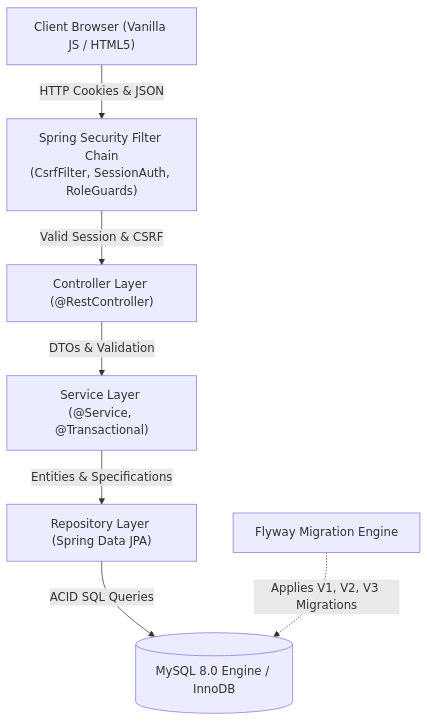
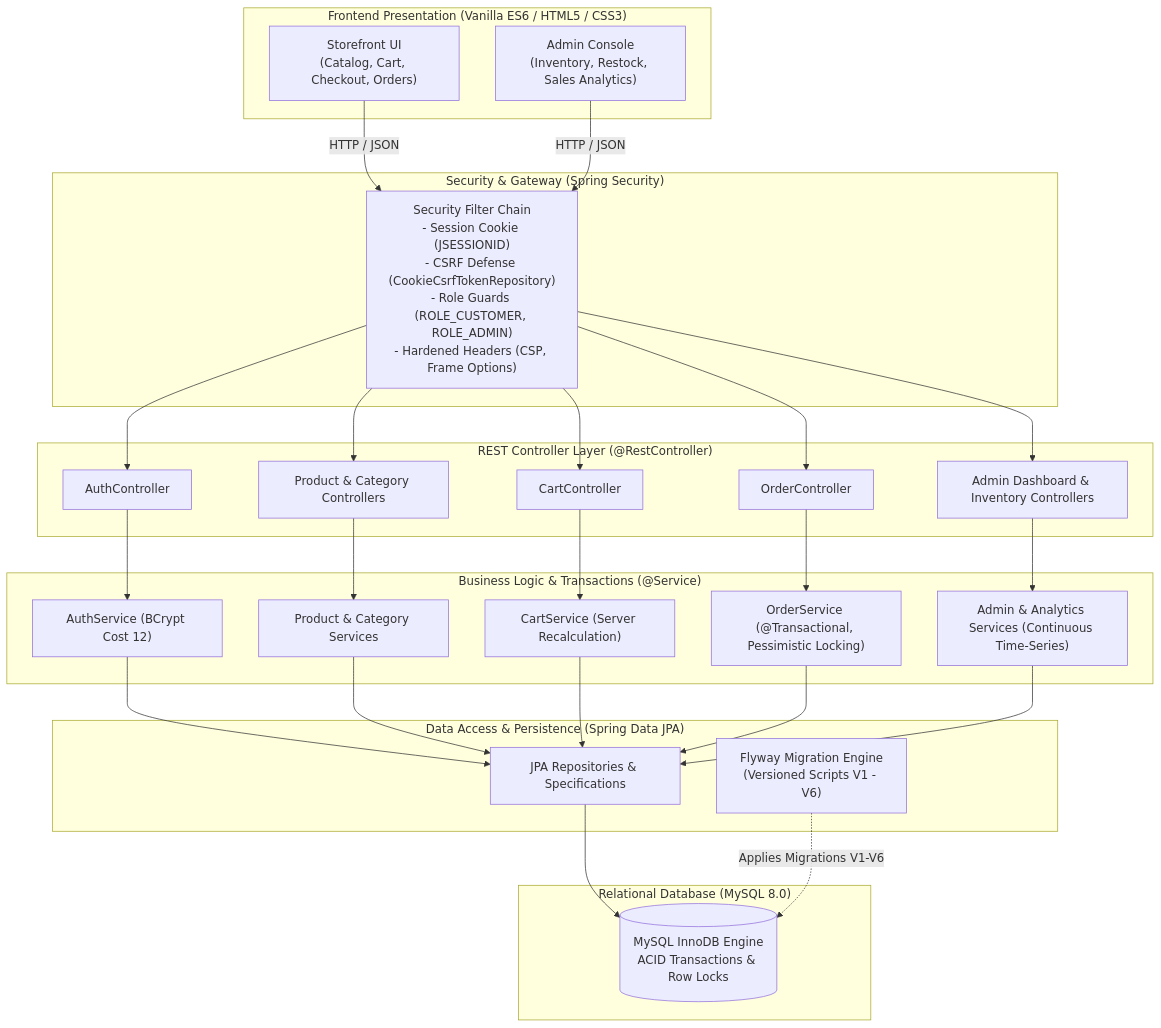
The diagram in README.md (AyushDhote08/shopsphere), drawn with Mermaid before and after one commit. The commit also changed other lines of this file, not shown here.

Commit message:
docs: update ShopSphere README and architecture documentation

````diff
--- a/README.md
+++ b/README.md
@@ -28,9 +28,56 @@
 ```mermaid
 flowchart TD
-    Client["Client Browser (Vanilla JS / HTML5)"] -->|HTTP Cookies & JSON| SecFilter["Spring Security Filter Chain\n(CsrfFilter, SessionAuth, RoleGuards)"]
-    SecFilter -->|Valid Session & CSRF| Controller["Controller Layer (@RestController)"]
-    Controller -->|DTOs & Validation| Service["Service Layer (@Service, @Transactional)"]
-    Service -->|Entities & Specifications| Repository["Repository Layer (Spring Data JPA)"]
-    Repository -->|ACID SQL Queries| Database[(MySQL 8.0 Engine / InnoDB)]
-    Flyway["Flyway Migration Engine"] -.->|Applies V1, V2, V3 Migrations| Database
+    subgraph ClientLayer["Frontend Presentation (Vanilla ES6 / HTML5 / CSS3)"]
+        Storefront["Storefront UI\n(Catalog, Cart, Checkout, Orders)"]
+        AdminPortal["Admin Console\n(Inventory, Restock, Sales Analytics)"]
+    end
+
+    subgraph SecurityLayer["Security & Gateway (Spring Security)"]
+        FilterChain["Security Filter Chain\n- Session Cookie (JSESSIONID)\n- CSRF Defense (CookieCsrfTokenRepository)\n- Role Guards (ROLE_CUSTOMER, ROLE_ADMIN)\n- Hardened Headers (CSP, Frame Options)"]
+    end
+
+    subgraph ControllerLayer["REST Controller Layer (@RestController)"]
+        AuthCtrl["AuthController"]
+        CatalogCtrl["Product & Category Controllers"]
+        CartCtrl["CartController"]
+        OrderCtrl["OrderController"]
+        AdminCtrl["Admin Dashboard & Inventory Controllers"]
+    end
+
+    subgraph ServiceLayer["Business Logic & Transactions (@Service)"]
+        AuthService["AuthService (BCrypt Cost 12)"]
+        CatalogService["Product & Category Services"]
+        CartService["CartService (Server Recalculation)"]
+        OrderService["OrderService (@Transactional, Pessimistic Locking)"]
+        AdminService["Admin & Analytics Services (Continuous Time-Series)"]
+    end
+
+    subgraph PersistenceLayer["Data Access & Persistence (Spring Data JPA)"]
+        Repositories["JPA Repositories & Specifications"]
+        FlywayEngine["Flyway Migration Engine\n(Versioned Scripts V1 - V6)"]
+    end
+
+    subgraph DatabaseLayer["Relational Database (MySQL 8.0)"]
+        MySQL[(MySQL InnoDB Engine\nACID Transactions & Row Locks)]
+    end
+
+    Storefront -->|HTTP / JSON| FilterChain
+    AdminPortal -->|HTTP / JSON| FilterChain
+    FilterChain --> AuthCtrl
+    FilterChain --> CatalogCtrl
+    FilterChain --> CartCtrl
+    FilterChain --> OrderCtrl
+    FilterChain --> AdminCtrl
+    AuthCtrl --> AuthService
+    CatalogCtrl --> CatalogService
+    CartCtrl --> CartService
+    OrderCtrl --> OrderService
+    AdminCtrl --> AdminService
+    AuthService --> Repositories
+    CatalogService --> Repositories
+    CartService --> Repositories
+    OrderService --> Repositories
+    AdminService --> Repositories
+    Repositories --> MySQL
+    FlywayEngine -.->|Applies Migrations V1-V6| MySQL
 ```
````
